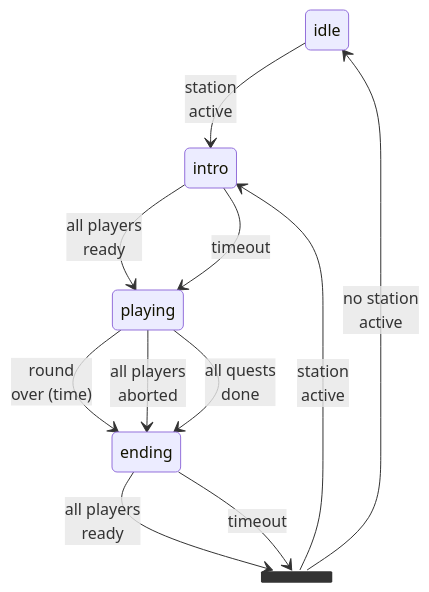
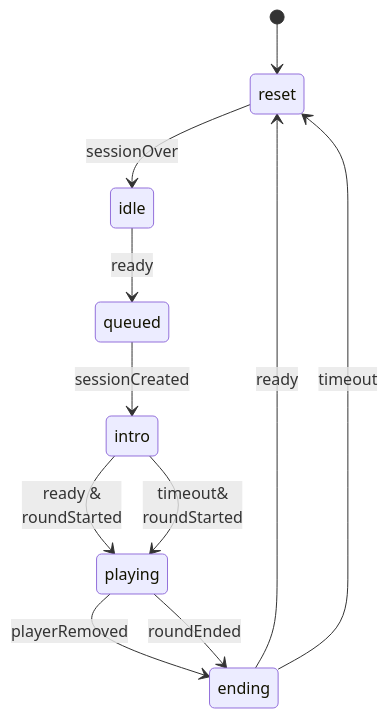
Before and after one commit to VasilisAvgoustakis/citizen-quest: the first of 3 diagrams in doc/dev/game-states.md, drawn with Mermaid. The commit also changed other lines of this file and 34 other files, not shown here.

````diff
--- a/doc/dev/game-states.md
+++ b/doc/dev/game-states.md
@@ -23,14 +16,13 @@
 ```mermaid
 stateDiagram-v2
-    idle --> intro: station<br>active
-    intro --> playing: all players<br>ready
-    intro --> playing: timeout
-    playing --> ending: round<br>over (time)
-    playing --> ending: all players<br>aborted
-    playing --> ending: all quests<br>done
-    state after_end <<fork>>
-    ending --> after_end: all players<br>ready
-    ending --> after_end: timeout
-    after_end --> idle: no station<br>active
-    after_end --> intro: station<br>active
+    [*] --> reset
+    reset --> idle: sessionOver
+    idle --> queued: ready
+    queued --> intro: sessionCreated
+    intro --> playing: ready &<br>roundStarted
+    intro --> playing: timeout&<br>roundStarted
+    playing --> ending: playerRemoved
+    playing --> ending: roundEnded
+    ending --> reset: ready
+    ending --> reset: timeout
 ```
````
